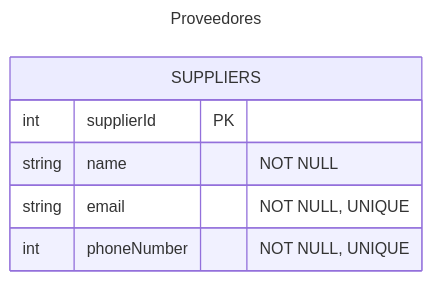
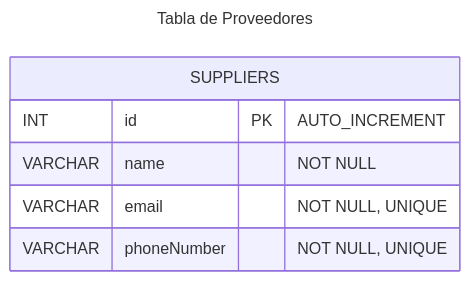
Before and after one commit to rosendocamal/homeworks: diagram 20 of 30 in 4to-Cuatrimestre/fundamentos-base-datos/proyecto/proyecto.md, drawn with Mermaid. The commit also changed other lines of this file and 1 other file, not shown here.

````diff
--- a/4to-Cuatrimestre/fundamentos-base-datos/proyecto/proyecto.md
+++ b/4to-Cuatrimestre/fundamentos-base-datos/proyecto/proyecto.md
@@ -419,12 +420,12 @@
 ```mermaid
 ---
-title: Proveedores
+title: Tabla de Proveedores
 ---
 erDiagram
 	SUPPLIERS {
-		int supplierId PK
-		string name "NOT NULL"
-		string email "NOT NULL, UNIQUE"
-		int phoneNumber "NOT NULL, UNIQUE"
+		INT id PK "AUTO_INCREMENT"
+		VARCHAR name "NOT NULL"
+		VARCHAR email "NOT NULL, UNIQUE"
+		VARCHAR phoneNumber "NOT NULL, UNIQUE"
 }
 ```
````
